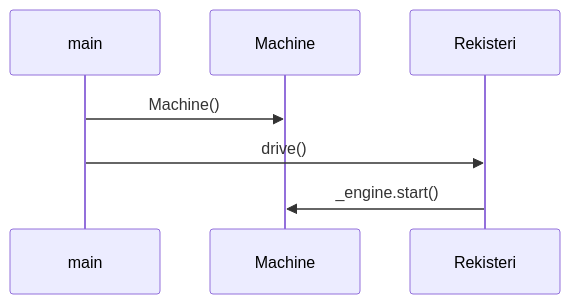
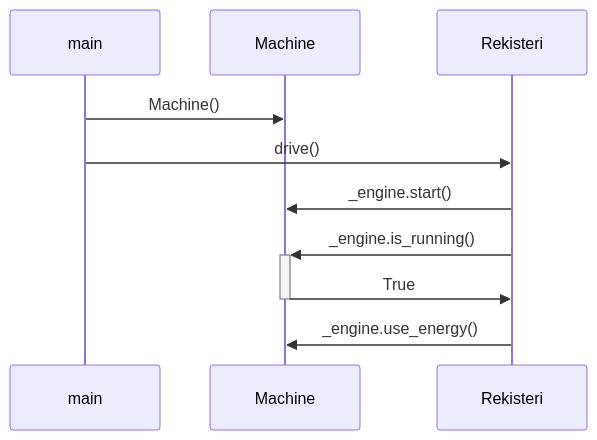
The third of 3 diagrams in laskarit/viikko3/UML.md (VehvilainenPooki/OTProjekti), drawn with Mermaid before and after one commit.

````diff
--- a/laskarit/viikko3/UML.md
+++ b/laskarit/viikko3/UML.md
@@ -95,6 +95,9 @@
 ```mermaid
  sequenceDiagram
       main->>Machine: Machine()
       main->>Rekisteri: drive()
       Rekisteri->>Machine: _engine.start()
+      Rekisteri->>+Machine: _engine.is_running()
+      Machine->>-Rekisteri: True
+      Rekisteri->>Machine: _engine.use_energy()
 ``` 
````
